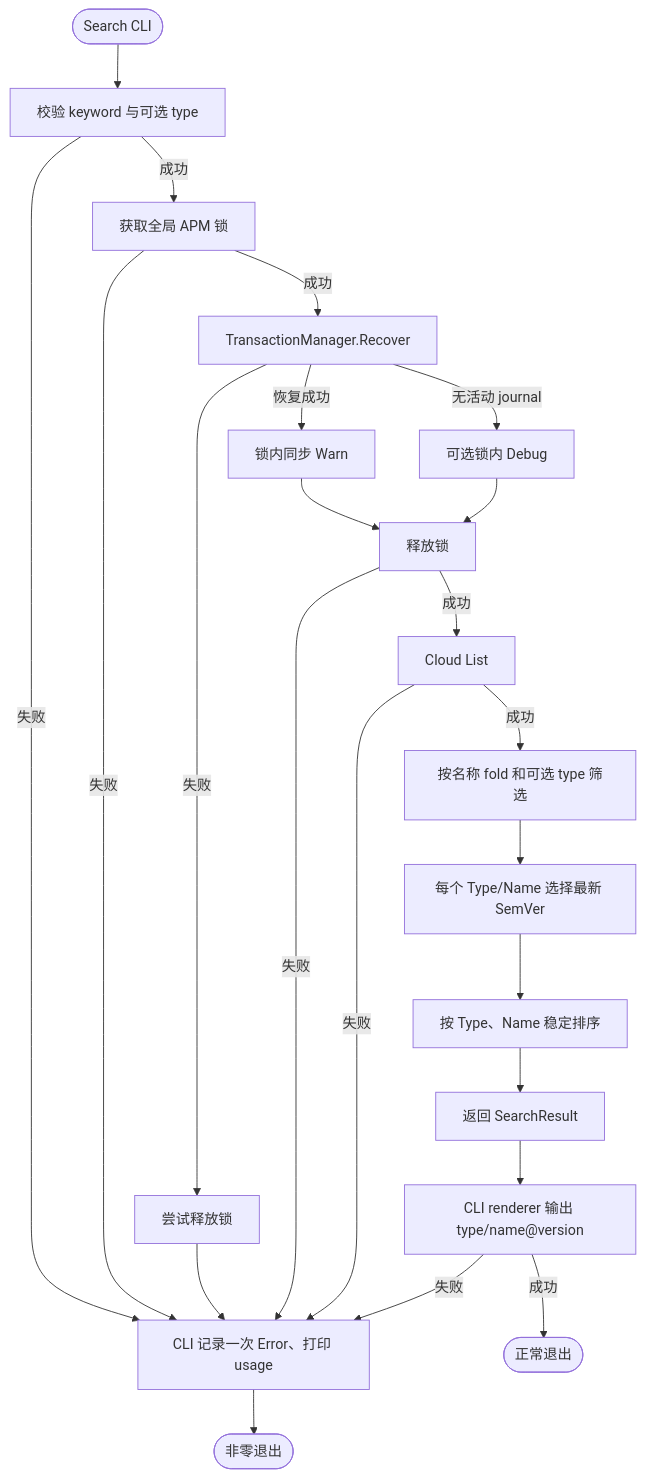
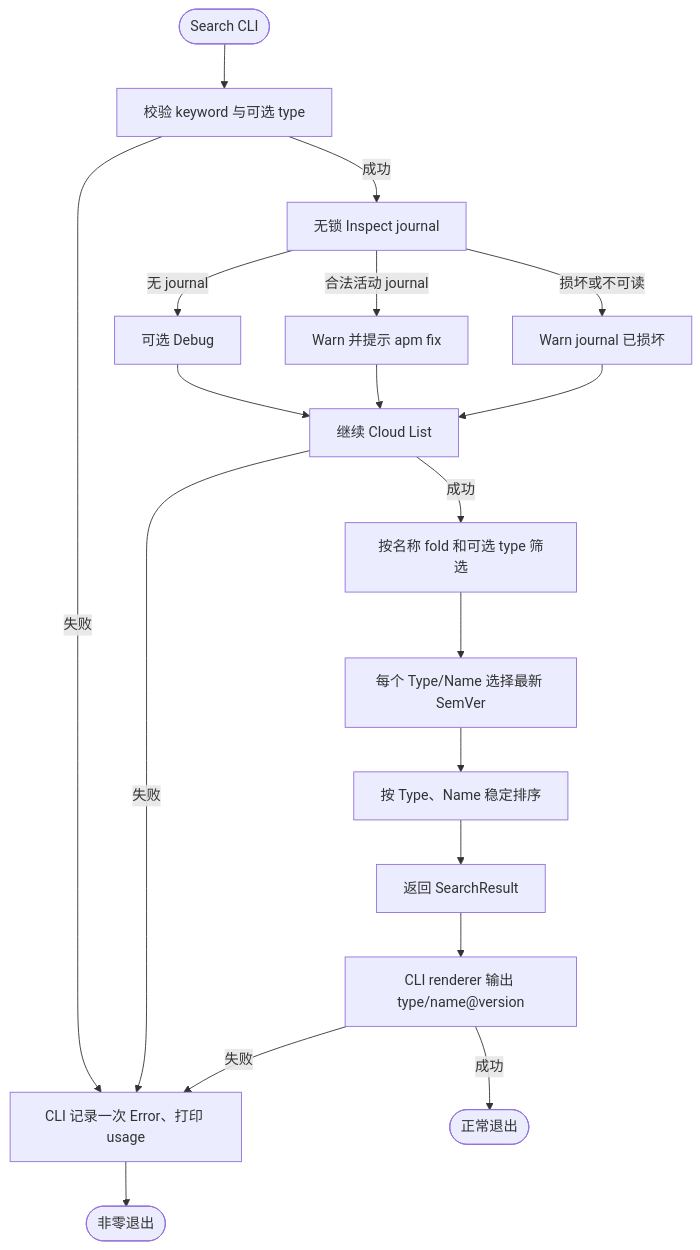
Before and after one commit to spacemit-com/agent-power-manager: the diagram in ivory-tower/c4/components/apm-cli-lifecycle-diagrams/search.mmd, drawn with Mermaid. The commit also changed 22 other files, not shown here.

```diff
--- a/ivory-tower/c4/components/apm-cli-lifecycle-diagrams/search.mmd
+++ b/ivory-tower/c4/components/apm-cli-lifecycle-diagrams/search.mmd
@@ -1,21 +1,18 @@
 flowchart TD
     SearchStart([Search CLI]) --> SearchValidate[校验 keyword 与可选 type]
     SearchValidate -->|失败| SearchCLIError[CLI 记录一次 Error、打印 usage] --> SearchExitError([非零退出])
-    SearchValidate -->|成功| SearchAcquire[获取全局 APM 锁]
-    SearchAcquire -->|失败| SearchCLIError
-    SearchAcquire -->|成功| SearchRecover[TransactionManager.Recover]
-    SearchRecover -->|恢复成功| SearchWarn[锁内同步 Warn]
-    SearchRecover -->|无活动 journal| SearchDebug[可选锁内 Debug]
-    SearchWarn --> SearchRelease[释放锁]
-    SearchDebug --> SearchRelease
-    SearchRecover -->|失败| SearchAttemptRelease[尝试释放锁] --> SearchCLIError
-    SearchRelease -->|失败| SearchCLIError
-    SearchRelease -->|成功| SearchCloudList[Cloud List]
+    SearchValidate -->|成功| Inspect[无锁 Inspect journal]
+    Inspect -->|无 journal| Debug[可选 Debug]
+    Inspect -->|合法活动 journal| Warn[Warn 并提示 apm fix]
+    Inspect -->|损坏或不可读| Damaged[Warn journal 已损坏]
+    Debug --> SearchCloudList[继续 Cloud List]
+    Warn --> SearchCloudList
+    Damaged --> SearchCloudList
     SearchCloudList -->|失败| SearchCLIError
     SearchCloudList -->|成功| SearchFilter[按名称 fold 和可选 type 筛选]
     SearchFilter --> SearchLatest[每个 Type/Name 选择最新 SemVer]
     SearchLatest --> SearchSort[按 Type、Name 稳定排序]
     SearchSort --> SearchResult[返回 SearchResult]
     SearchResult --> SearchRender[CLI renderer 输出 type/name@version]
     SearchRender -->|失败| SearchCLIError
     SearchRender -->|成功| SearchExitOK([正常退出])
```
